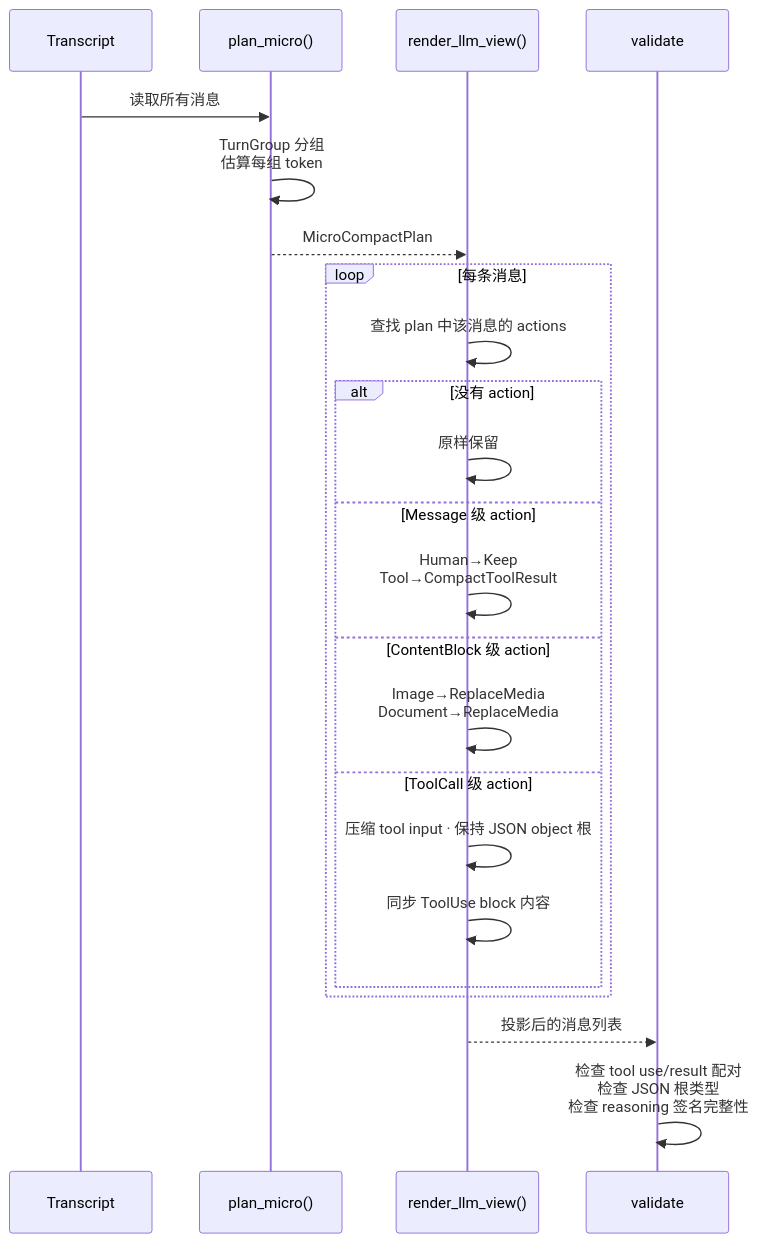
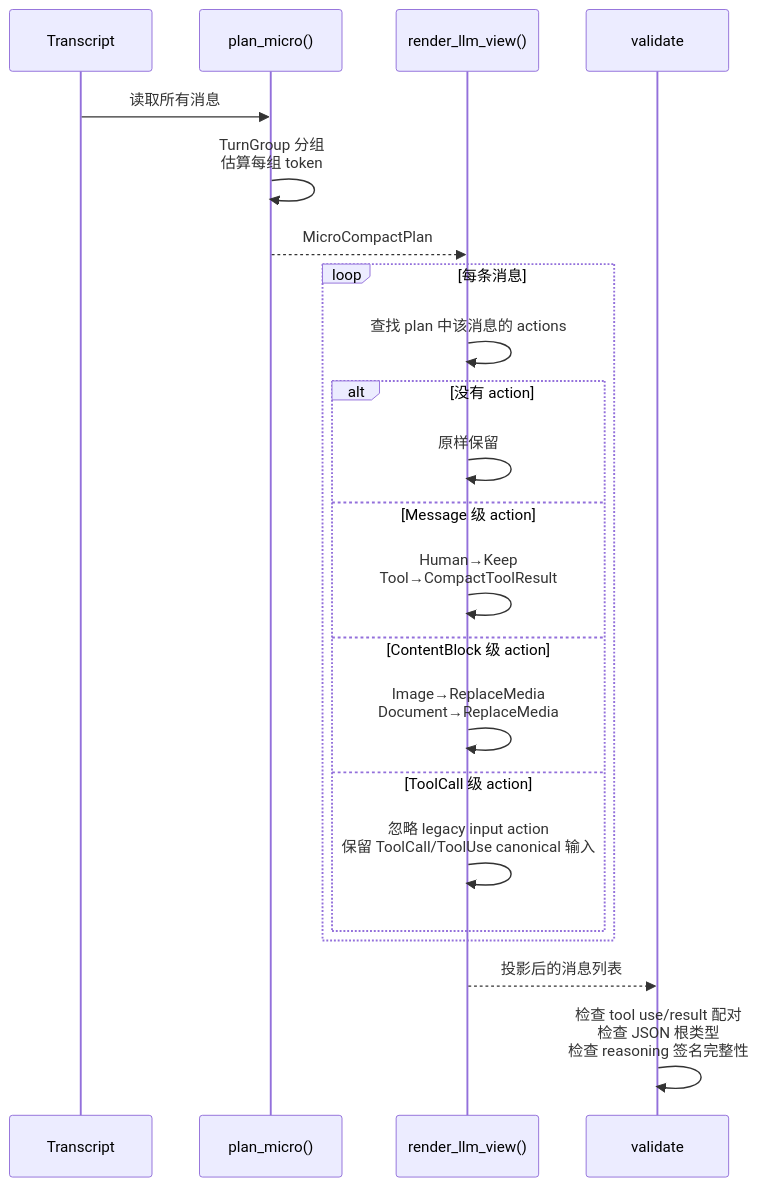
The second of 3 diagrams in docs/design/micro-compact.md (KonghaYao/peri), drawn with Mermaid before and after one commit. The commit also changed other lines of this file and 23 other files, not shown here.

Commit message:
docs: synchronize architecture and issue records

````diff
--- a/docs/design/micro-compact.md
+++ b/docs/design/micro-compact.md
@@ -154,28 +156,27 @@
 ```mermaid
 sequenceDiagram
     participant T as Transcript
     participant P as plan_micro()
     participant R as render_llm_view()
     participant V as validate
 
     T->>P: 读取所有消息
     P->>P: TurnGroup 分组<br/>估算每组 token
     P-->>R: MicroCompactPlan
 
     loop 每条消息
         R->>R: 查找 plan 中该消息的 actions
         alt 没有 action
             R->>R: 原样保留
         else Message 级 action
             R->>R: Human→Keep<br/>Tool→CompactToolResult
         else ContentBlock 级 action
             R->>R: Image→ReplaceMedia<br/>Document→ReplaceMedia
         else ToolCall 级 action
-            R->>R: 压缩 tool input · 保持 JSON object 根
-            R->>R: 同步 ToolUse block 内容
+            R->>R: 忽略 legacy input action<br/>保留 ToolCall/ToolUse canonical 输入
         end
     end
 
     R-->>V: 投影后的消息列表
     V->>V: 检查 tool use/result 配对<br/>检查 JSON 根类型<br/>检查 reasoning 签名完整性
 ```
````
